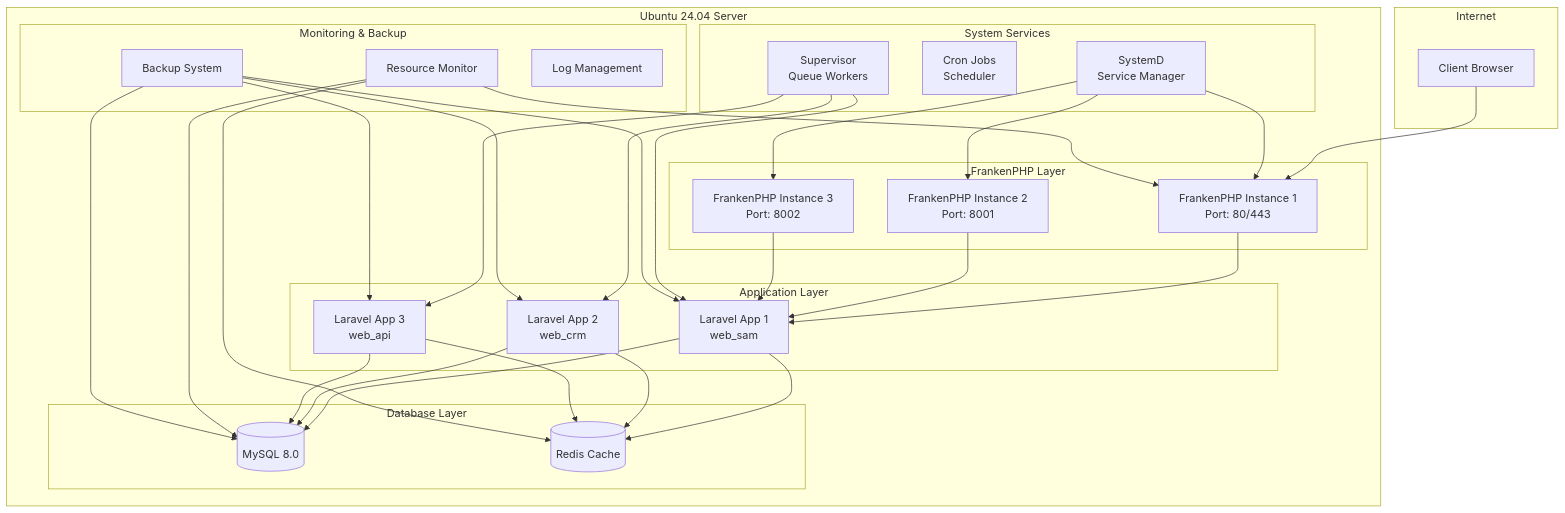
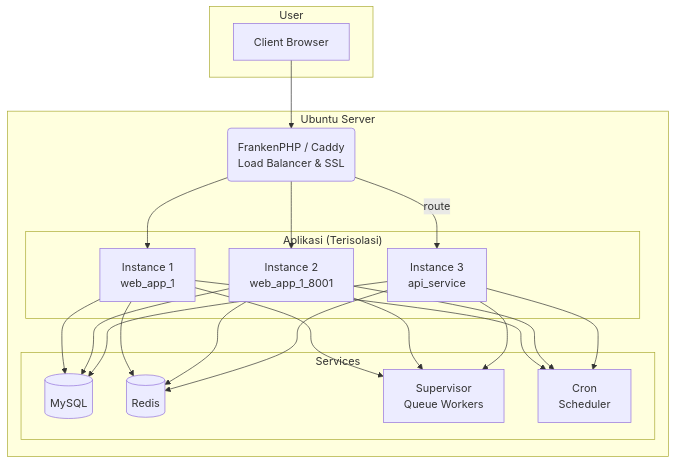
The first of 2 diagrams in README.md (MekayaStudio/FrankLaraPloy), drawn with Mermaid before and after one commit. The commit also changed other lines of this file and 1 other file, not shown here.

````diff
--- a/README.md
+++ b/README.md
@@ -212,67 +113,30 @@
 ```mermaid
 graph TB
-    subgraph "Internet"
+    subgraph "User"
         Client[Client Browser]
     end
     
-    subgraph "Ubuntu 24.04 Server"
-        subgraph "FrankenPHP Layer"
-            FP1[FrankenPHP Instance 1<br/>Port: 80/443]
-            FP2[FrankenPHP Instance 2<br/>Port: 8001]
-            FP3[FrankenPHP Instance 3<br/>Port: 8002]
+    subgraph "Ubuntu Server"
+        LB(FrankenPHP / Caddy<br>Load Balancer & SSL)
+        
+        subgraph "Aplikasi (Terisolasi)"
+            App1[Instance 1<br>web_app_1]
+            App2[Instance 2<br>web_app_1_8001]
+            App3[Instance 3<br>api_service]
         end
-        
-        subgraph "Application Layer"
-            App1[Laravel App 1<br/>web_sam]
-            App2[Laravel App 2<br/>web_crm]
-            App3[Laravel App 3<br/>web_api]
-        end
-        
-        subgraph "Database Layer"
-            MySQL[(MySQL 8.0)]
-            Redis[(Redis Cache)]
-        end
-        
-        subgraph "System Services"
-            Supervisor[Supervisor<br/>Queue Workers]
-            Cron[Cron Jobs<br/>Scheduler]
-            SystemD[SystemD<br/>Service Manager]
-        end
-        
-        subgraph "Monitoring & Backup"
-            Monitor[Resource Monitor]
-            Backup[Backup System]
-            Logs[Log Management]
+
+        subgraph "Services"
+            DB[(MySQL)]
+            Cache[(Redis)]
+            Worker[Supervisor<br>Queue Workers]
+            Cron[Cron<br>Scheduler]
         end
     end
     
-    Client --> FP1
-    FP1 --> App1
-    FP2 --> App1
-    FP3 --> App1
-    
-    App1 --> MySQL
-    App2 --> MySQL
-    App3 --> MySQL
-    
-    App1 --> Redis
-    App2 --> Redis
-    App3 --> Redis
-    
-    SystemD --> FP1
-    SystemD --> FP2
-    SystemD --> FP3
-    
-    Supervisor --> App1
-    Supervisor --> App2
-    Supervisor --> App3
-    
-    Monitor --> FP1
-    Monitor --> MySQL
-    Monitor --> Redis
-    
-    Backup --> MySQL
-    Backup --> App1
-    Backup --> App2
-    Backup --> App3
+    Client --> LB
+    LB --> App1
+    LB --> App2
+    LB -- route --> App3
+
+    App1 & App2 & App3 --> DB & Cache & Worker & Cron
 ```
````
